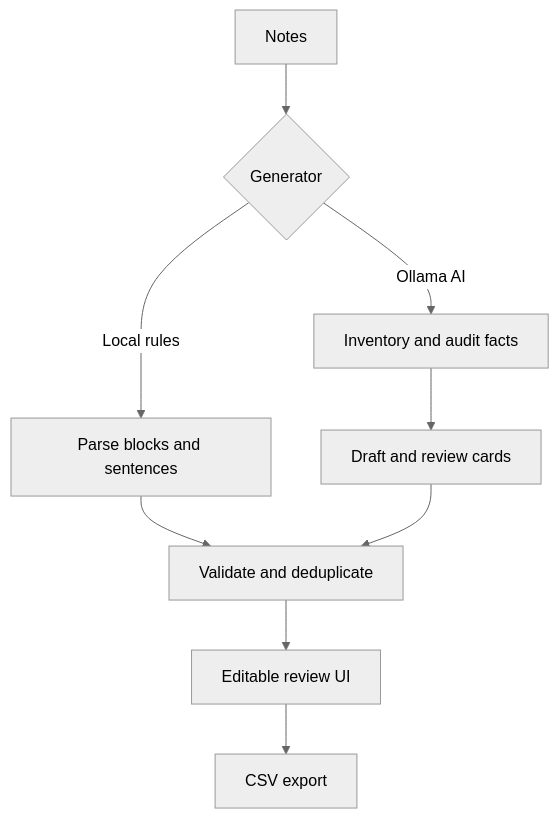
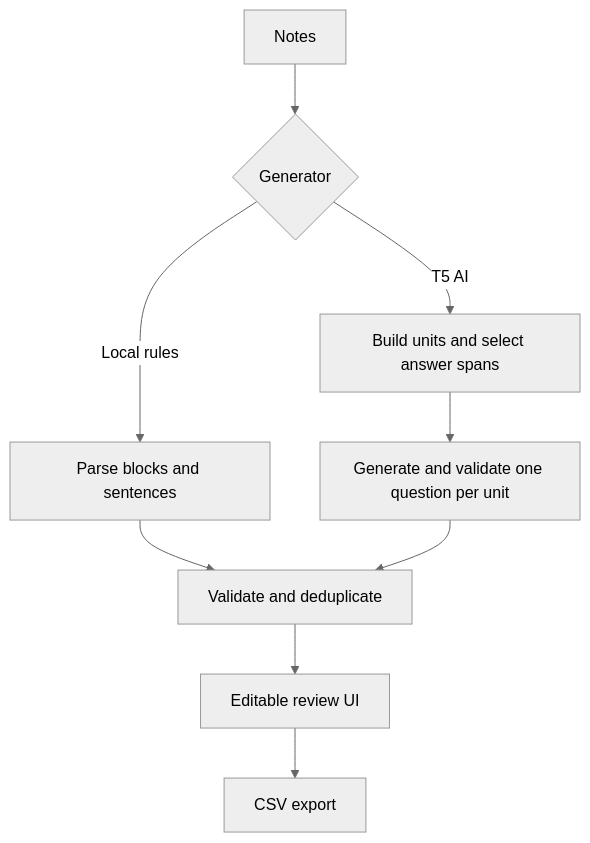
One commit to kevinhshen/Flashcard-Generator-AI changed the diagram in docs/PROGRAM_MAP.md. Above: the diagram before and after it, drawn with Mermaid (neutral theme). The commit also changed other lines of this file and 13 other files, not shown here.

````diff
--- a/docs/PROGRAM_MAP.md
+++ b/docs/PROGRAM_MAP.md
@@ -5,11 +5,11 @@
 ```mermaid
 flowchart TD
     A[Notes] --> B{Generator}
     B -->|Local rules| C[Parse blocks and sentences]
-    B -->|Ollama AI| D[Inventory and audit facts]
-    D --> E[Draft and review cards]
+    B -->|T5 AI| D[Build units and select answer spans]
+    D --> E[Generate and validate one question per unit]
     C --> F[Validate and deduplicate]
     E --> F
     F --> G[Editable review UI]
     G --> H[CSV export]
 ```
````
